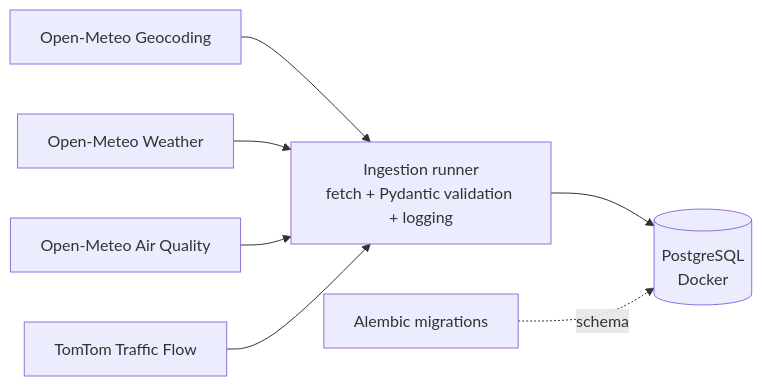
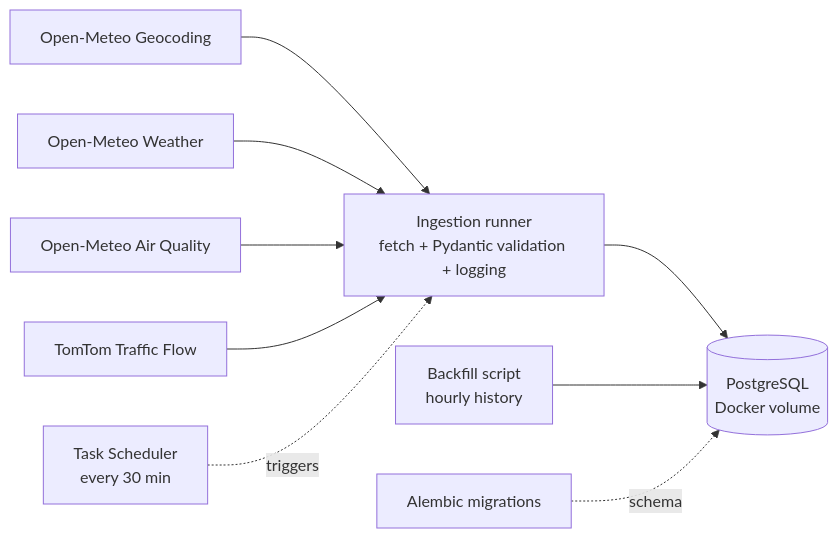
One commit to IrynaKilyk/CityPulse-Urban-Data-Pipeline changed the diagram in README.md. Above: the diagram before and after it, drawn with Mermaid. The commit also changed other lines of this file, not shown here.

Commit message:
docs: document backfill, scheduling, volume and known limitations

````diff
--- a/README.md
+++ b/README.md
@@ -11,9 +11,11 @@
 ```mermaid
 flowchart LR
     G[Open-Meteo Geocoding] --> R
     W[Open-Meteo Weather] --> R
     A[Open-Meteo Air Quality] --> R
     T[TomTom Traffic Flow] --> R
-    R[Ingestion runner<br/>fetch + Pydantic validation + logging] --> P[(PostgreSQL<br/>Docker)]
+    R[Ingestion runner<br/>fetch + Pydantic validation + logging] --> P[(PostgreSQL<br/>Docker volume)]
+    B[Backfill script<br/>hourly history] --> P
+    S[Task Scheduler<br/>every 30 min] -. triggers .-> R
     M[Alembic migrations] -. schema .-> P
 ```
````
